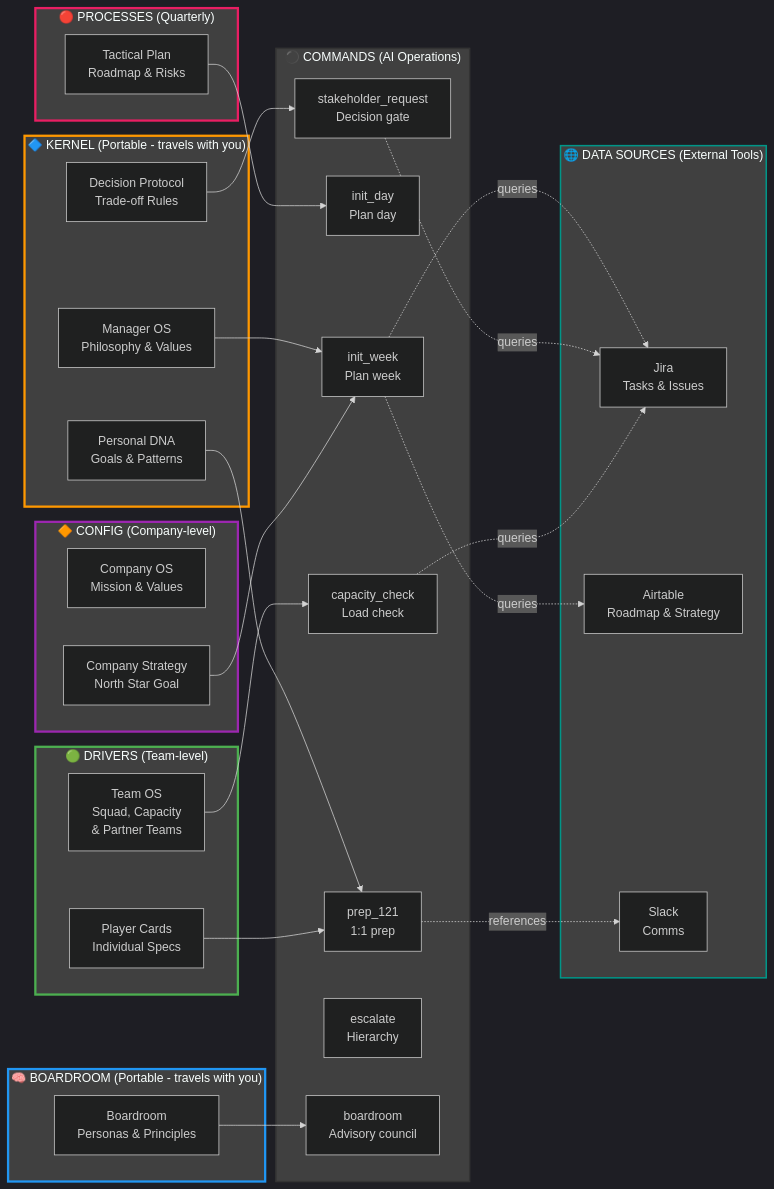
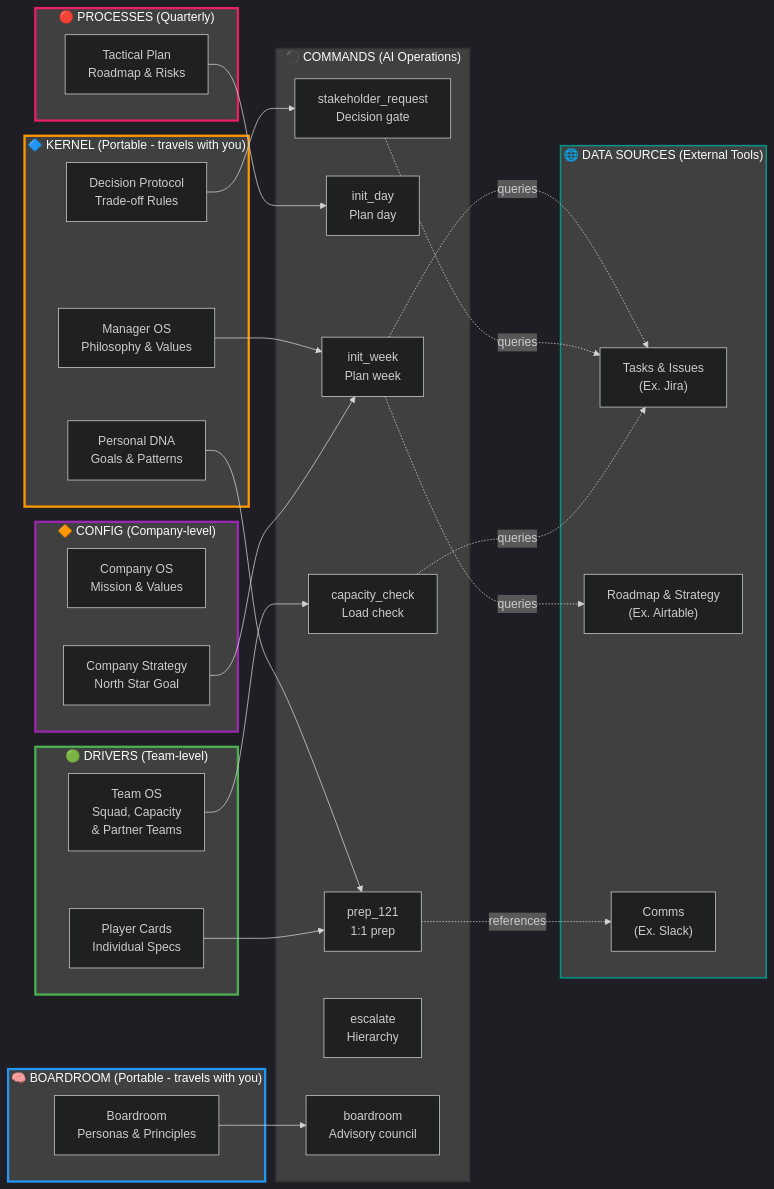
One commit to daviddgl/manager-operating-system changed the second of 6 diagrams in ARCHITECTURE.md. Above: the diagram before and after it, drawn with Mermaid. The commit also changed other lines of this file and 5 other files, not shown here.

````diff
--- a/ARCHITECTURE.md
+++ b/ARCHITECTURE.md
@@ -48,66 +48,66 @@
 ```mermaid
 %%{init: {'theme':'dark'}}%%
 graph LR
     subgraph Kernel["🔷 KERNEL (Portable - travels with you)"]
         K1["Manager OS<br/>Philosophy & Values"]
         K2["Decision Protocol<br/>Trade-off Rules"]
         K3["Personal DNA<br/>Goals & Patterns"]
     end
     
     subgraph Config["🔶 CONFIG (Company-level)"]
         C1["Company OS<br/>Mission & Values"]
         C2["Company Strategy<br/>North Star Goal"]
     end
     
     subgraph Drivers["🟢 DRIVERS (Team-level)"]
         D1["Team OS<br/>Squad, Capacity<br/>& Partner Teams"]
         D2["Player Cards<br/>Individual Specs"]
     end
     
     subgraph Processes["🔴 PROCESSES (Quarterly)"]
         P1["Tactical Plan<br/>Roadmap & Risks"]
     end
     
     subgraph Commands["⚫ COMMANDS (AI Operations)"]
         CMD1["init_week<br/>Plan week"]
         CMD2["init_day<br/>Plan day"]
         CMD3["prep_121<br/>1:1 prep"]
         CMD4["stakeholder_request<br/>Decision gate"]
         CMD5["capacity_check<br/>Load check"]
         CMD6["escalate<br/>Hierarchy"]
         CMD7["boardroom<br/>Advisory council"]
     end
     
     subgraph Boardroom["🧠 BOARDROOM (Portable - travels with you)"]
         B1["Boardroom<br/>Personas & Principles"]
     end
     
     subgraph External["🌐 DATA SOURCES (External Tools)"]
-        EXT1["Jira<br/>Tasks & Issues"]
-        EXT2["Airtable<br/>Roadmap & Strategy"]
-        EXT3["Slack<br/>Comms"]
+        EXT1["Tasks & Issues</br> (Ex. Jira)"]
+        EXT2["Roadmap & Strategy</br> (Ex. Airtable)"]
+        EXT3["Comms</br> (Ex. Slack)"]
     end
     
     K1 --> CMD1
     K2 --> CMD4
     K3 --> CMD3
     C2 --> CMD1
     D1 --> CMD5
     D2 --> CMD3
     P1 --> CMD2
     B1 --> CMD7
     
     CMD1 -.->|queries| EXT1
     CMD1 -.->|queries| EXT2
     CMD4 -.->|queries| EXT1
     CMD5 -.->|queries| EXT1
     CMD3 -.->|references| EXT3
     
     style Kernel fill:#404040,stroke:#ff9800,stroke-width:3px
     style Config fill:#404040,stroke:#9c27b0,stroke-width:3px
     style Drivers fill:#404040,stroke:#4caf50,stroke-width:3px
     style Processes fill:#404040,stroke:#e91e63,stroke-width:3px
     style Commands fill:#404040,stroke:#333,stroke-width:2px
     style External fill:#404040,stroke:#009688,stroke-width:2px
     style Boardroom fill:#404040,stroke:#2196f3,stroke-width:3px
 ```
````
